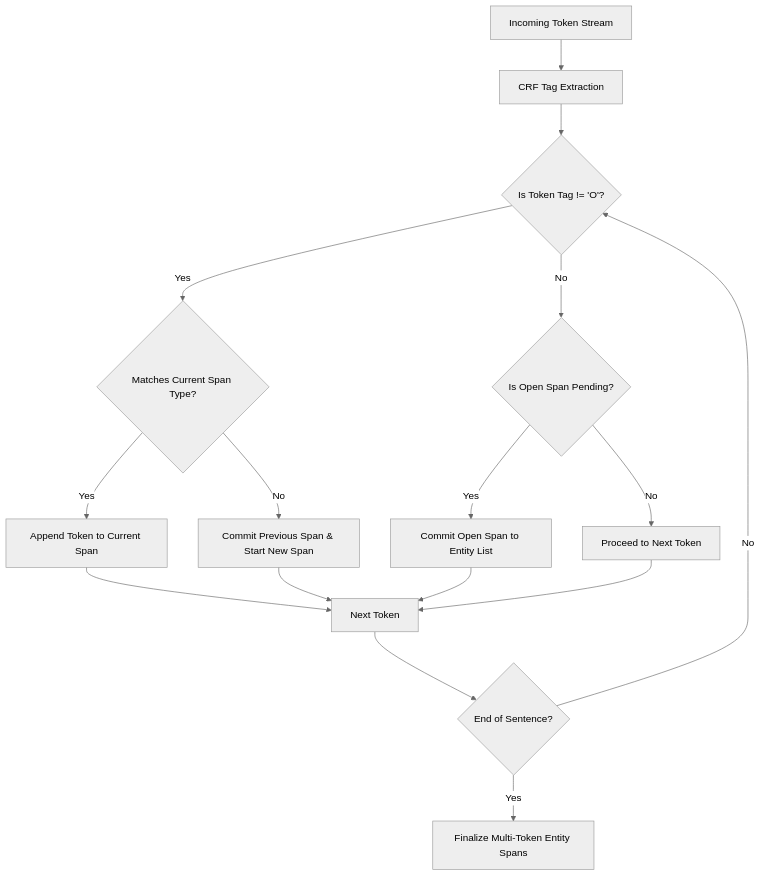
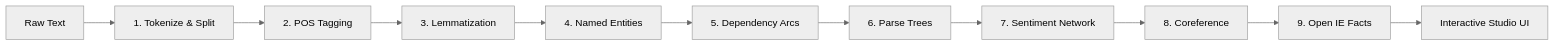
Before and after one commit to Shaik673/Textra: the second of 5 diagrams in README.md, drawn with Mermaid (neutral theme). The commit also changed other lines of this file, not shown here.

Commit message:
docs: streamline README with simplified human-written explanations and modern visual architecture flowcharts

````diff
--- a/README.md
+++ b/README.md
@@ -727,18 +314,13 @@
 ```mermaid
-flowchart TD
-  A[Incoming Token Stream] --> B[CRF Tag Extraction]
-  B --> C{Is Token Tag != 'O'?}
-  C -->|Yes| D{Matches Current Span Type?}
-  D -->|Yes| E[Append Token to Current Span]
-  D -->|No| F[Commit Previous Span & Start New Span]
-  C -->|No| G{Is Open Span Pending?}
-  G -->|Yes| H[Commit Open Span to Entity List]
-  G -->|No| I[Proceed to Next Token]
-  E --> J[Next Token]
-  F --> J
-  H --> J
-  I --> J
-  J --> K{End of Sentence?}
-  K -->|No| C
-  K -->|Yes| L[Finalize Multi-Token Entity Spans]
+flowchart LR
+  A[Raw Text] --> B[1. Tokenize & Split]
+  B --> C[2. POS Tagging]
+  C --> D[3. Lemmatization]
+  D --> E[4. Named Entities]
+  E --> F[5. Dependency Arcs]
+  F --> G[6. Parse Trees]
+  G --> H[7. Sentiment Network]
+  H --> I[8. Coreference]
+  I --> J[9. Open IE Facts]
+  J --> K[Interactive Studio UI]
 ```
````
